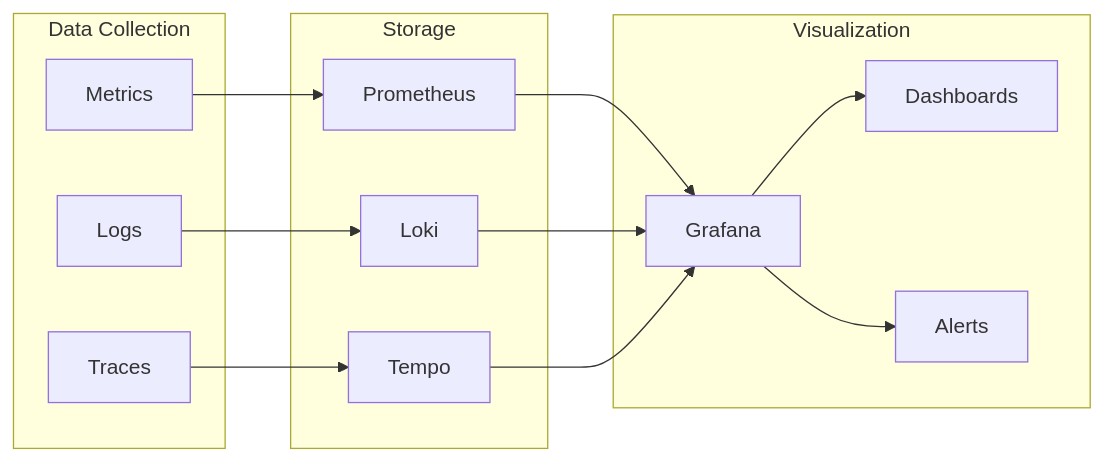
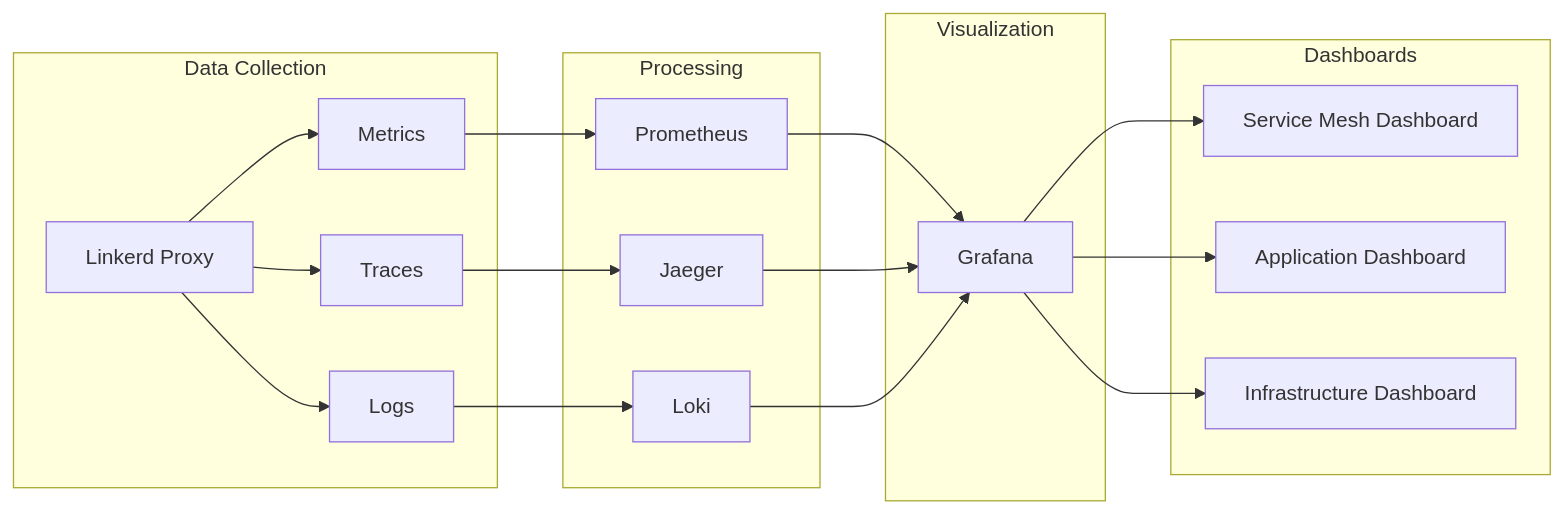
Before and after one commit to Celine-Coralie-Eni/k3s-lab: the sixth of 6 diagrams in docs/architecture.md, drawn with Mermaid. The commit also changed other lines of this file and 6 other files, not shown here.

````diff
--- a/docs/architecture.md
+++ b/docs/architecture.md
@@ -242,31 +144,26 @@
 ```mermaid
 graph LR
     subgraph "Data Collection"
-        METRICS[Metrics]
-        LOGS[Logs]
-        TRACES[Traces]
+        PROXY[Linkerd Proxy] --> METRICS[Metrics]
+        PROXY --> TRACES[Traces]
+        PROXY --> LOGS[Logs]
     end
     
-    subgraph "Storage"
-        PROMETHEUS[Prometheus]
-        LOKI[Loki]
-        TEMPO[Tempo]
+    subgraph "Processing"
+        METRICS --> PROMETHEUS[Prometheus]
+        TRACES --> JAEGER[Jaeger]
+        LOGS --> LOKI[Loki]
     end
     
     subgraph "Visualization"
-        GRAFANA[Grafana]
-        DASHBOARDS[Dashboards]
-        ALERTS[Alerts]
+        PROMETHEUS --> GRAFANA[Grafana]
+        JAEGER --> GRAFANA
+        LOKI --> GRAFANA
     end
     
-    METRICS --> PROMETHEUS
-    LOGS --> LOKI
-    TRACES --> TEMPO
-    
-    PROMETHEUS --> GRAFANA
-    LOKI --> GRAFANA
-    TEMPO --> GRAFANA
-    
-    GRAFANA --> DASHBOARDS
-    GRAFANA --> ALERTS
+    subgraph "Dashboards"
+        GRAFANA --> DASH1[Service Mesh Dashboard]
+        GRAFANA --> DASH2[Application Dashboard]
+        GRAFANA --> DASH3[Infrastructure Dashboard]
+    end
 ```
````
